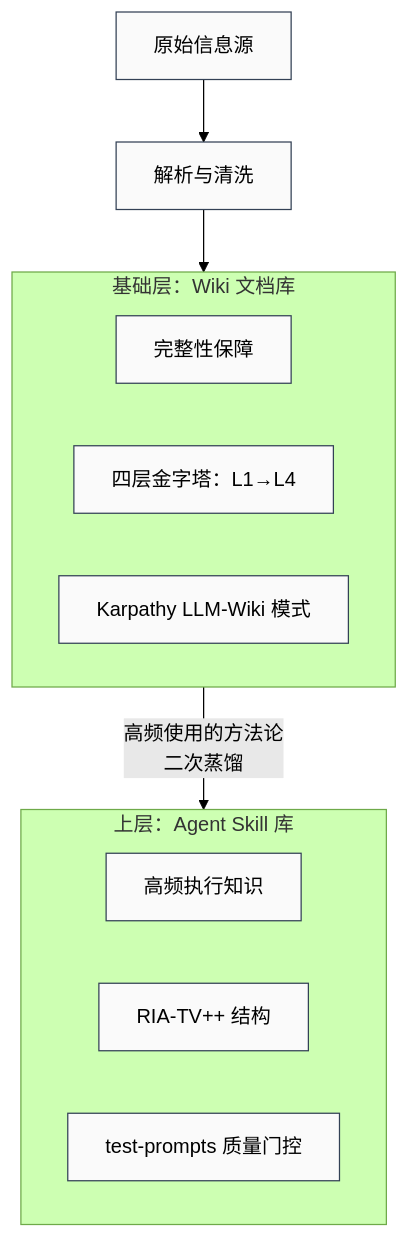
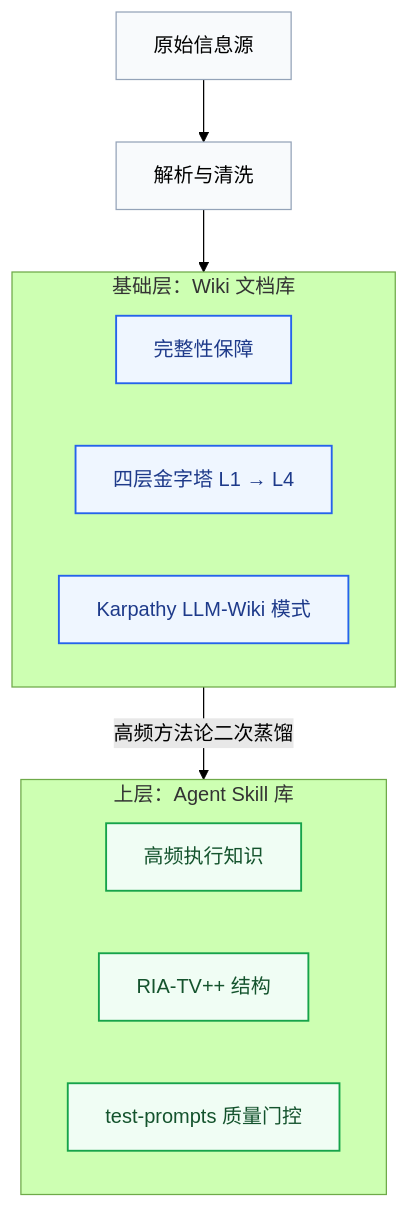
The third of 4 diagrams in docs/knowledge/01-framework.md (zjgulai/Kb2Agent), drawn with Mermaid (forest theme) before and after one commit. The commit also changed other lines of this file and 3 other files, not shown here.

Commit message:
refine: remove all emojis from content/mermaid, add custom block annotations, improve CSS layout precision

````diff
--- a/docs/knowledge/01-framework.md
+++ b/docs/knowledge/01-framework.md
@@ -146,22 +142,26 @@
 ```mermaid
 flowchart TD
     Raw[原始信息源] --> Parse[解析与清洗]
     Parse --> Base
 
     subgraph Base [基础层：Wiki 文档库]
         B1[完整性保障]
-        B2[四层金字塔：L1→L4]
+        B2[四层金字塔 L1 → L4]
         B3[Karpathy LLM-Wiki 模式]
     end
 
     subgraph Top [上层：Agent Skill 库]
         T1[高频执行知识]
         T2[RIA-TV++ 结构]
         T3[test-prompts 质量门控]
     end
 
-    Base -->|高频使用的方法论<br/>二次蒸馏| Top
+    Base -->|高频方法论二次蒸馏| Top
 
-    classDef plain fill:#fafafa,stroke:#334155,stroke-width:1px;
-    class Raw,Parse,B1,B2,B3,T1,T2,T3 plain;
+    classDef base fill:#eff6ff,stroke:#2563eb,stroke-width:1.5px,color:#1e3a8a;
+    classDef top  fill:#f0fdf4,stroke:#16a34a,stroke-width:1.5px,color:#14532d;
+    classDef src  fill:#f8fafc,stroke:#94a3b8,stroke-width:1px;
+    class B1,B2,B3 base;
+    class T1,T2,T3 top;
+    class Raw,Parse src;
 ```
````
